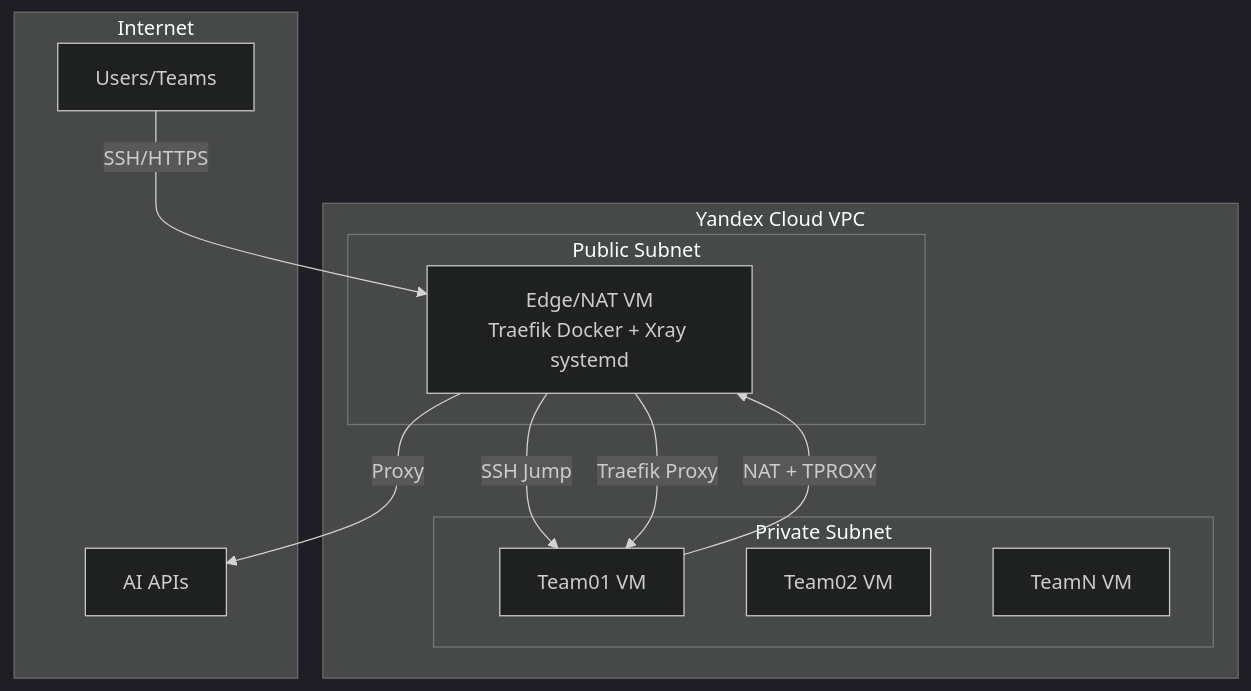
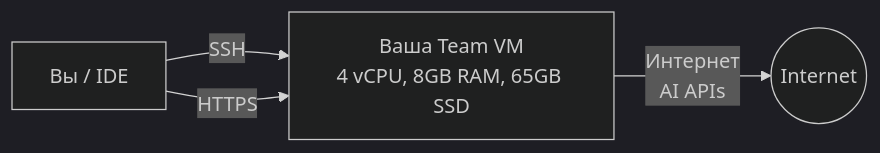
The diagram in README.md (AI-Talent-Camp-2026/ai-talent-camp-2026-infra), drawn with Mermaid (dark theme) before and after one commit. The commit also changed other lines of this file and 16 other files, not shown here.

````diff
--- a/README.md
+++ b/README.md
@@ -21,25 +25,10 @@
 ```mermaid
-flowchart TB
-    subgraph internet [Internet]
-        Users[Users/Teams]
-        AI_APIs[AI APIs]
-    end
+flowchart LR
+    Internet((Internet))
+    You[Вы / IDE]
+    VM[Ваша Team VM<br/>4 vCPU, 8GB RAM, 65GB SSD]
     
-    subgraph yc [Yandex Cloud VPC]
-        subgraph public [Public Subnet]
-            Edge[Edge/NAT VM<br/>Traefik Docker + Xray systemd]
-        end
-        
-        subgraph private [Private Subnet]
-            Team1[Team01 VM]
-            Team2[Team02 VM]
-            TeamN[TeamN VM]
-        end
-    end
-    
-    Users -->|SSH/HTTPS| Edge
-    Edge -->|SSH Jump| Team1
-    Edge -->|Traefik Proxy| Team1
-    Team1 -->|NAT + TPROXY| Edge
-    Edge -->|Proxy| AI_APIs
+    You -->|SSH| VM
+    You -->|HTTPS| VM
+    VM -->|Интернет<br/>AI APIs| Internet
 ```
````
